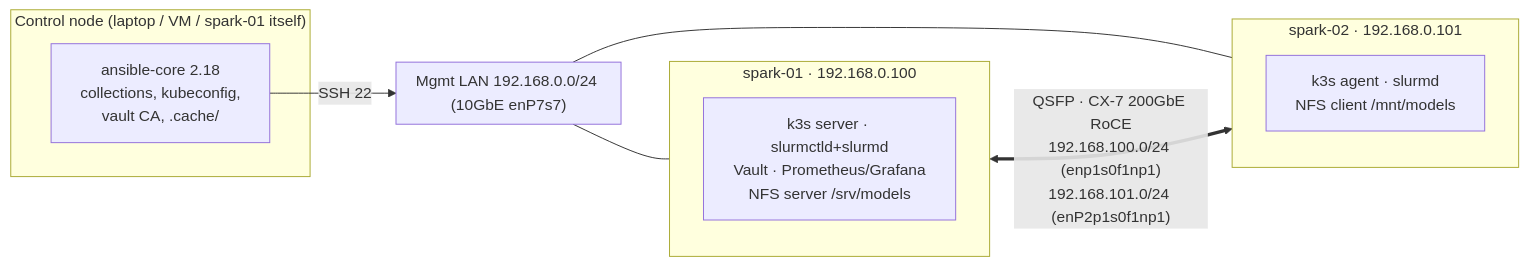
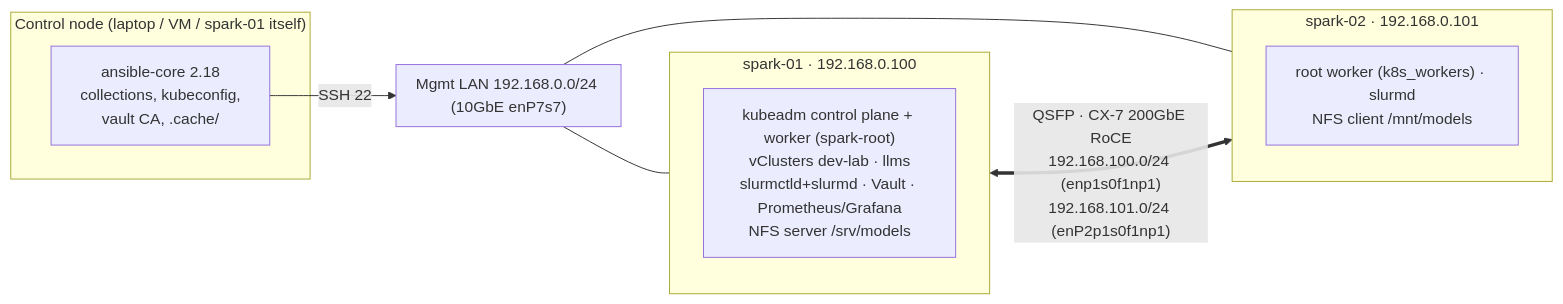
One commit to cloudone365/technical-depth changed the diagram in 01 Ansible/lab/README.md. Above: the diagram before and after it, drawn with Mermaid. The commit also changed other lines of this file and 23 other files, not shown here.

````diff
--- a/01 Ansible/lab/README.md
+++ b/01 Ansible/lab/README.md
@@ -50,18 +56,18 @@
 ```mermaid
 flowchart LR
   subgraph CTL["Control node (laptop / VM / spark-01 itself)"]
     A["ansible-core 2.18<br/>collections, kubeconfig,<br/>vault CA, .cache/"]
   end
   subgraph MGMT["Mgmt LAN 192.168.0.0/24 (10GbE enP7s7)"]
   end
   subgraph S1["spark-01 · 192.168.0.100"]
-    S1a["k3s server · slurmctld+slurmd<br/>Vault · Prometheus/Grafana<br/>NFS server /srv/models"]
+    S1a["kubeadm control plane + worker (spark-root)<br/>vClusters dev-lab · llms<br/>slurmctld+slurmd · Vault · Prometheus/Grafana<br/>NFS server /srv/models"]
   end
   subgraph S2["spark-02 · 192.168.0.101"]
-    S2a["k3s agent · slurmd<br/>NFS client /mnt/models"]
+    S2a["root worker (k8s_workers) · slurmd<br/>NFS client /mnt/models"]
   end
   A -- SSH 22 --> MGMT
   MGMT --- S1
   MGMT --- S2
   S1 <== "QSFP · CX-7 200GbE RoCE<br/>192.168.100.0/24 (enp1s0f1np1)<br/>192.168.101.0/24 (enP2p1s0f1np1)" ==> S2
 ```
````
